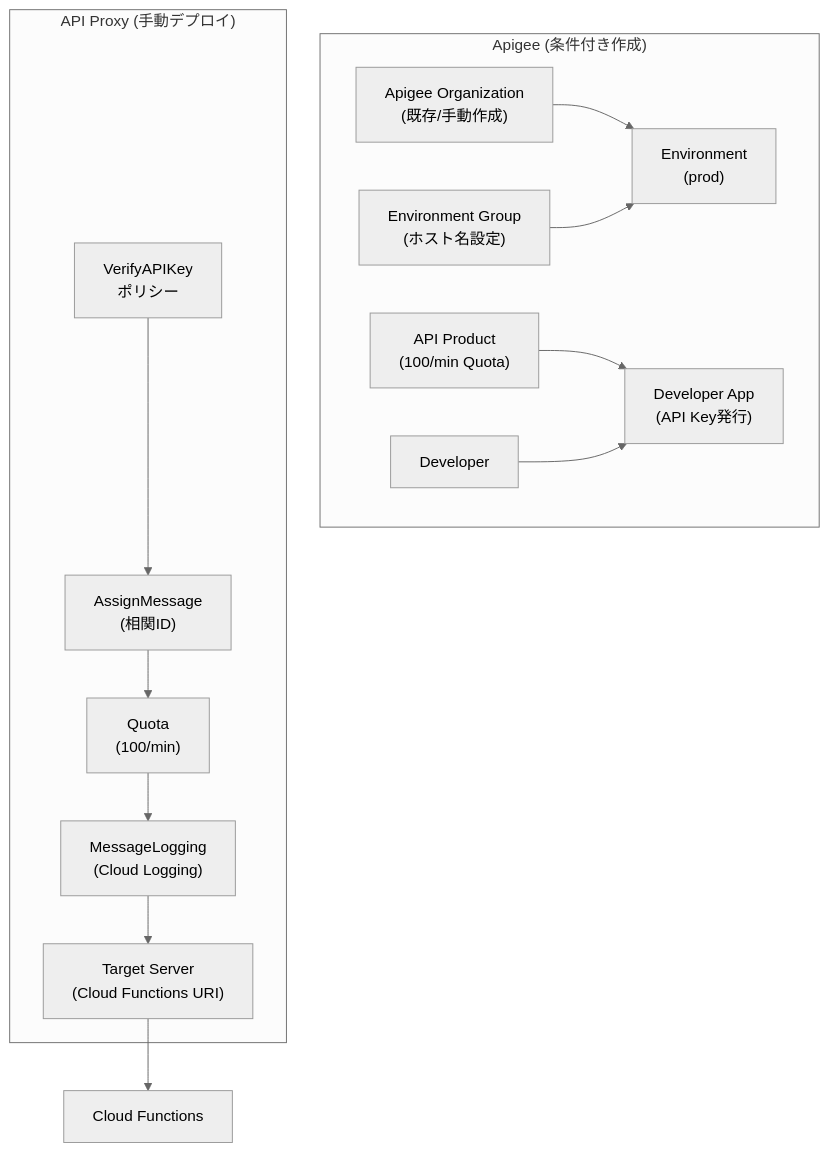
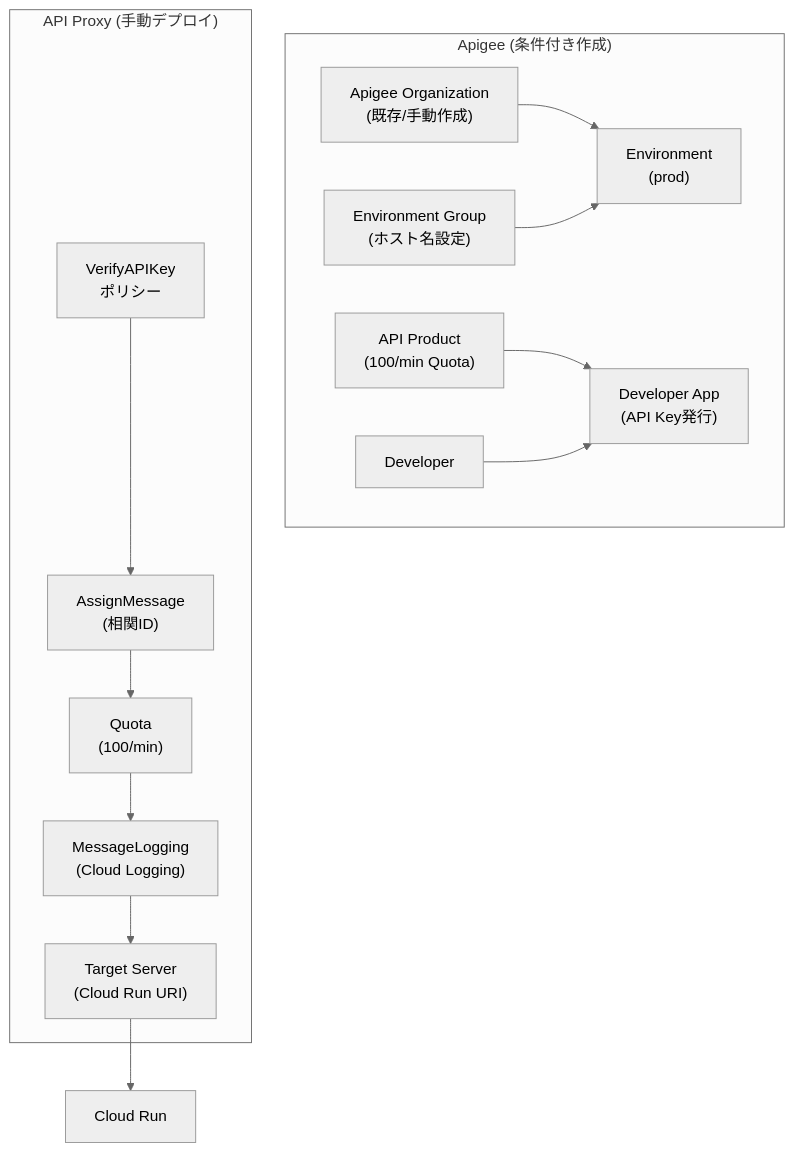
One commit to GEJFY/ic-test-ai-agent changed the sixth of 7 diagrams in docs/architecture/API_GATEWAY_DESIGN.md. Above: the diagram before and after it, drawn with Mermaid (neutral theme). The commit also changed other lines of this file and 102 other files, not shown here.

````diff
--- a/docs/architecture/API_GATEWAY_DESIGN.md
+++ b/docs/architecture/API_GATEWAY_DESIGN.md
@@ -525,28 +525,28 @@
 ```mermaid
 flowchart TB
     subgraph Apigee["Apigee (条件付き作成)"]
         Org["Apigee Organization<br/>(既存/手動作成)"]
         Env["Environment<br/>(prod)"]
         EnvGroup["Environment Group<br/>(ホスト名設定)"]
         Product["API Product<br/>(100/min Quota)"]
         Developer["Developer"]
         App["Developer App<br/>(API Key発行)"]
     end
 
     subgraph Proxy["API Proxy (手動デプロイ)"]
         VerifyKey["VerifyAPIKey<br/>ポリシー"]
         AssignMsg["AssignMessage<br/>(相関ID)"]
         Quota["Quota<br/>(100/min)"]
         MsgLog["MessageLogging<br/>(Cloud Logging)"]
-        Target["Target Server<br/>(Cloud Functions URI)"]
+        Target["Target Server<br/>(Cloud Run URI)"]
     end
 
-    CloudFunctions["Cloud Functions"]
+    CloudRun["Cloud Run"]
 
     Org --> Env
     EnvGroup --> Env
     Product --> App
     Developer --> App
     VerifyKey --> AssignMsg --> Quota --> MsgLog --> Target
-    Target --> CloudFunctions
+    Target --> CloudRun
 ```
````
